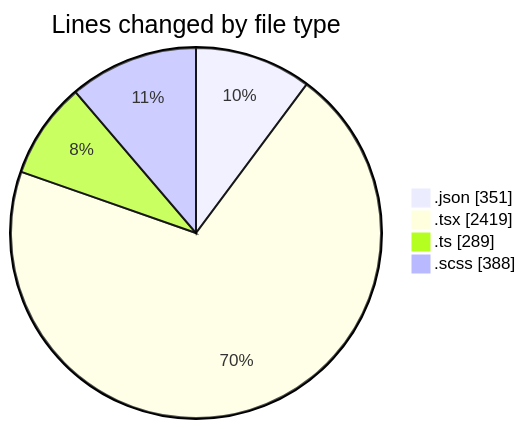
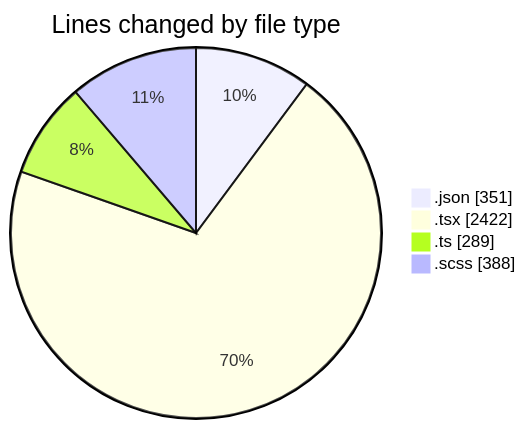
One commit to momahboobian/code-tracking changed the first of 2 diagrams in 2026-04-22/cda/README.md. Above: the diagram before and after it, drawn with Mermaid. The commit also changed other lines of this file and 1 other file, not shown here.

````diff
--- a/2026-04-22/cda/README.md
+++ b/2026-04-22/cda/README.md
@@ -46,8 +46,8 @@
 ```mermaid
 pie showData
 title Lines changed by file type
 ".json" : 351
-".tsx" : 2419
+".tsx" : 2422
 ".ts" : 289
 ".scss" : 388
 ```
````
